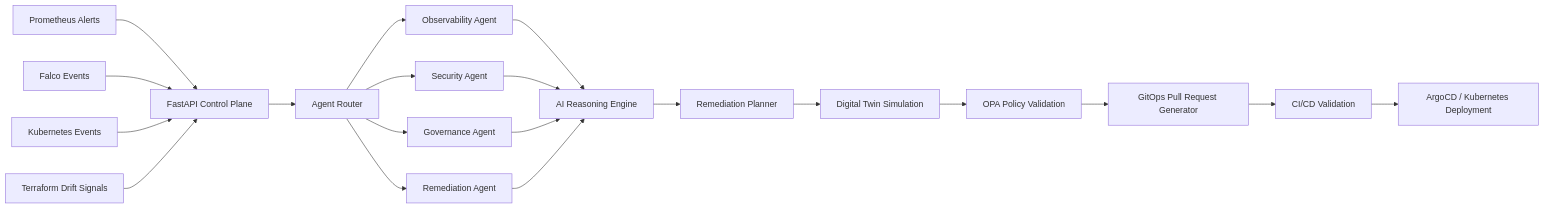
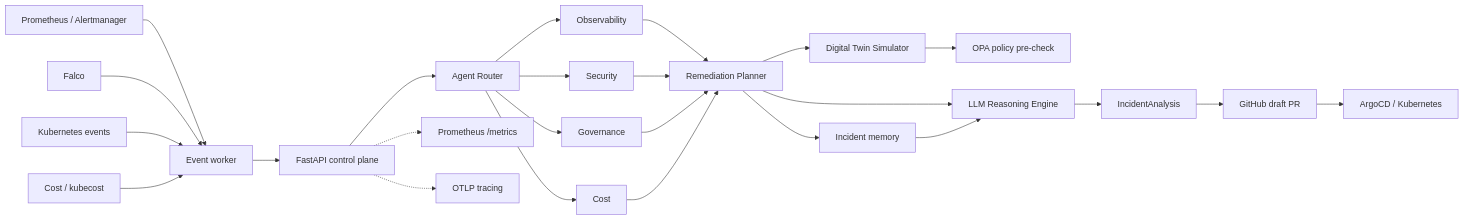
The diagram in README.md (mikegyim/aegisforge), drawn with Mermaid before and after one commit. The commit also changed other lines of this file and 72 other files, not shown here.

Commit message:
v0.2: real LLM reasoning, incident memory, GitOps PRs, digital twin, observability

````diff
--- a/README.md
+++ b/README.md
@@ -81,26 +60,29 @@
 ```mermaid
 flowchart LR
-    A[Prometheus Alerts] --> B[FastAPI Control Plane]
-    C[Falco Events] --> B
-    D[Kubernetes Events] --> B
-    E[Terraform Drift Signals] --> B
+    A[Prometheus / Alertmanager] --> W[Event worker]
+    B[Falco] --> W
+    C[Kubernetes events] --> W
+    D[Cost / kubecost] --> W
 
-    B --> F[Agent Router]
+    W --> API[FastAPI control plane]
 
-    F --> G[Observability Agent]
-    F --> H[Security Agent]
-    F --> I[Governance Agent]
-    F --> J[Remediation Agent]
+    API --> R[Agent Router]
+    R --> O[Observability]
+    R --> S[Security]
+    R --> G[Governance]
+    R --> CO[Cost]
 
-    G --> K[AI Reasoning Engine]
-    H --> K
-    I --> K
-    J --> K
+    O & S & G & CO --> P[Remediation Planner]
+    P --> T[Digital Twin Simulator]
+    T --> OPA[OPA policy pre-check]
+    P --> M[Incident memory]
+    P --> AI[LLM Reasoning Engine]
+    M --> AI
 
-    K --> L[Remediation Planner]
-    L --> M[Digital Twin Simulation]
-    M --> N[OPA Policy Validation]
-    N --> O[GitOps Pull Request Generator]
-    O --> P[CI/CD Validation]
-    P --> Q[ArgoCD / Kubernetes Deployment]
+    AI --> AN[IncidentAnalysis]
+    AN --> PR[GitHub draft PR]
+    PR --> CD[ArgoCD / Kubernetes]
+
+    API -.-> MET[Prometheus /metrics]
+    API -.-> OTL[OTLP tracing]
 ```
````
